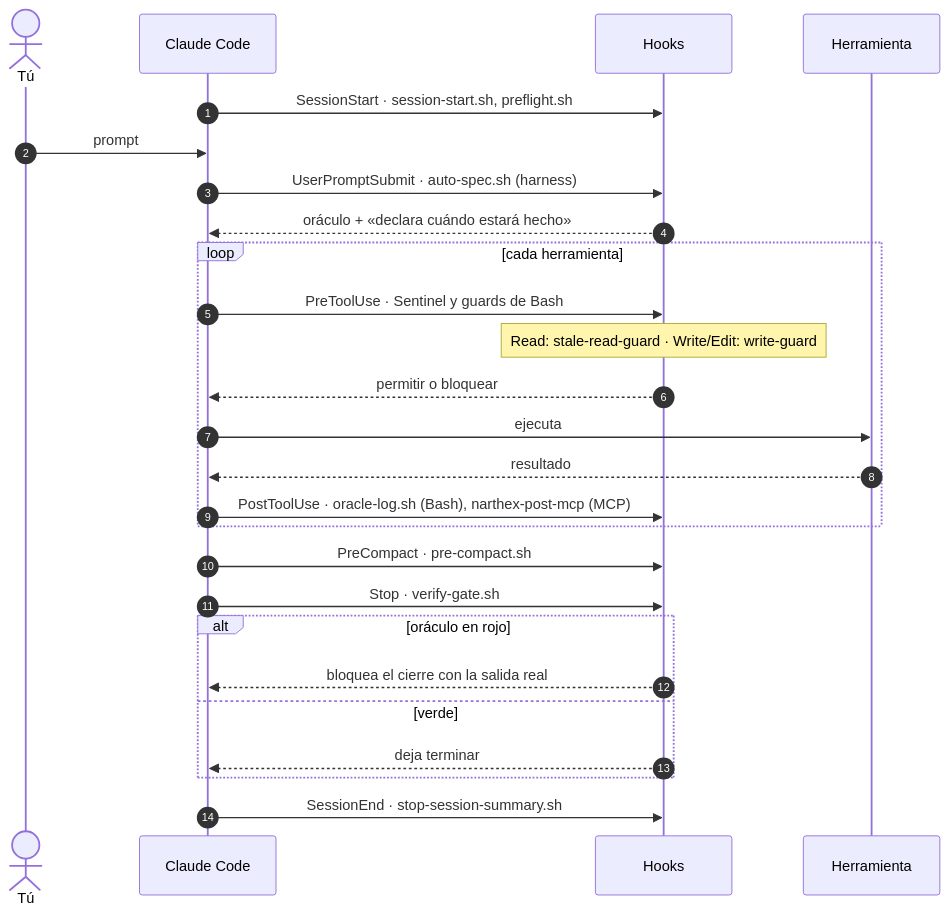
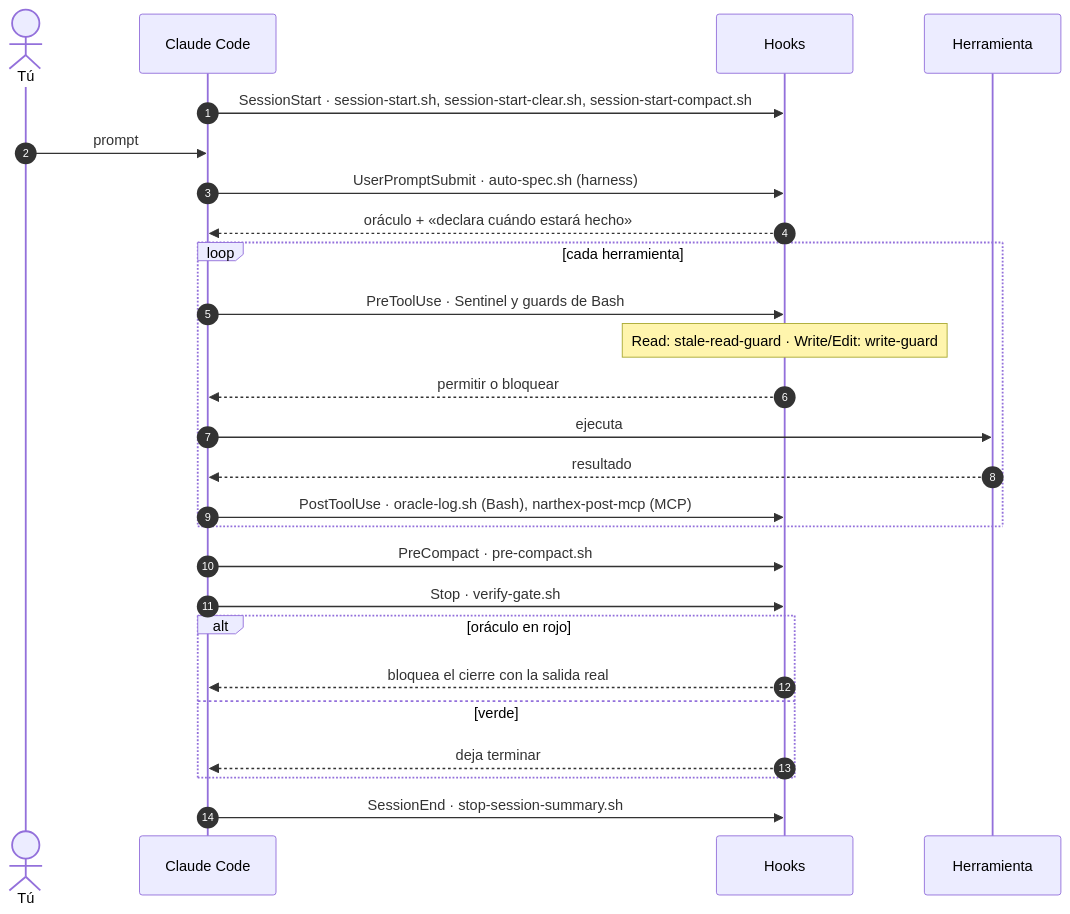
One commit to manuelcozar55/setup-claude-code changed the second of 7 diagrams in README.md. Above: the diagram before and after it, drawn with Mermaid. The commit also changed other lines of this file and 3 other files, not shown here.

````diff
--- a/README.md
+++ b/README.md
@@ -114,29 +114,29 @@
 ```mermaid
 sequenceDiagram
     autonumber
     actor T as Tú
     participant CC as Claude Code
     participant H as Hooks
     participant X as Herramienta
 
-    CC->>H: SessionStart · session-start.sh, preflight.sh
+    CC->>H: SessionStart · session-start.sh, session-start-clear.sh, session-start-compact.sh
     T->>CC: prompt
     CC->>H: UserPromptSubmit · auto-spec.sh (harness)
     H-->>CC: oráculo + «declara cuándo estará hecho»
     loop cada herramienta
         CC->>H: PreToolUse · Sentinel y guards de Bash
         Note over H: Read: stale-read-guard · Write/Edit: write-guard
         H-->>CC: permitir o bloquear
         CC->>X: ejecuta
         X-->>CC: resultado
         CC->>H: PostToolUse · oracle-log.sh (Bash), narthex-post-mcp (MCP)
     end
     CC->>H: PreCompact · pre-compact.sh
     CC->>H: Stop · verify-gate.sh
     alt oráculo en rojo
         H-->>CC: bloquea el cierre con la salida real
     else verde
         H-->>CC: deja terminar
     end
     CC->>H: SessionEnd · stop-session-summary.sh
 ```
````
